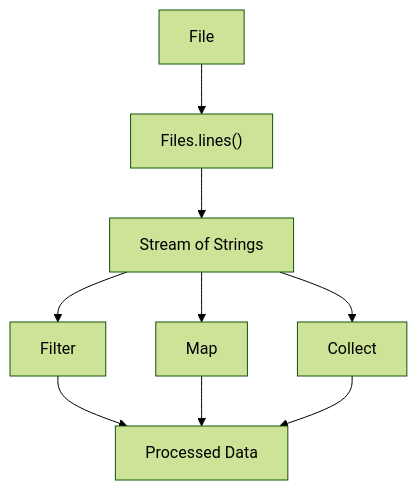
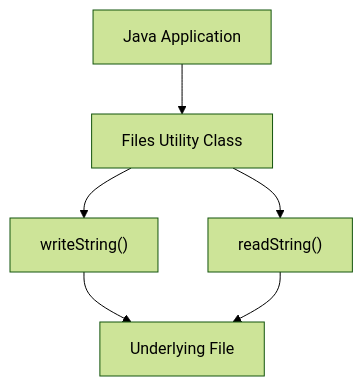
The sixth of 6 diagrams in README.md (DanielCreggOrganization/aooc-io-lab-template), drawn with Mermaid (forest theme) before and after one commit. The commit also changed other lines of this file, not shown here.

Commit message:
Update README.md to enhance file I/O examples using Java NIO and improve clarity

````diff
--- a/README.md
+++ b/README.md
@@ -400,11 +405,8 @@
 ```mermaid
 graph TD
-    A[File] --> B["Files.lines()"]
-    B --> C["Stream of Strings"]
-    C --> D[Filter]
-    C --> E[Map]
-    C --> F[Collect]
-    D --> G["Processed Data"]
-    E --> G
-    F --> G
+    A[Java Application] --> B["Files Utility Class"]
+    B --> C["writeString()"]
+    B --> D["readString()"]
+    C --> E[Underlying File]
+    D --> E
 ```
````
